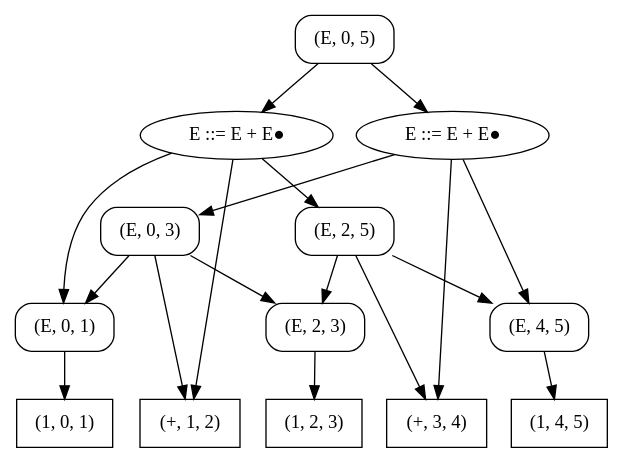
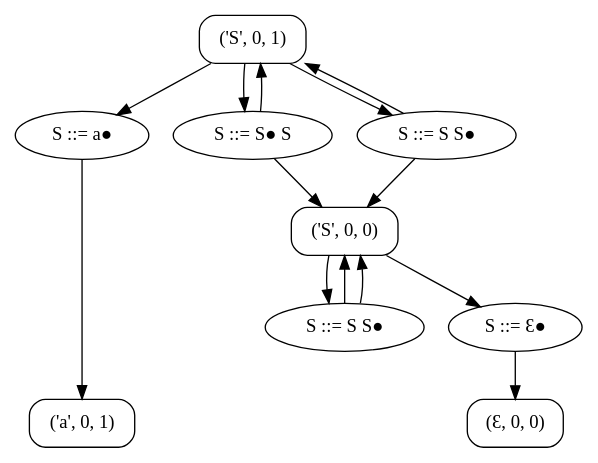
The diagram in test.dot (brenca/onlab), drawn with Graphviz before and after one commit. The commit also changed 4 other files, not shown here.

```diff
--- a/test.dot
+++ b/test.dot
@@ -1,34 +1,29 @@
 digraph g {
-"66bc2800-75da-449a-a412-40bafe528a5c" [label="(E, 0, 5)" shape="box" style="rounded"]
-"25e1d463-76f9-47b4-8a06-2a37594425a8" [label="E ::= E + E●" shape="oval"]
-"b72c01f8-86ee-4399-bacd-daad44e829ab" [label="(E, 0, 3)" shape="box" style="rounded"]
-"68713eee-0486-4674-a607-fb3d97bb814c" [label="(E, 0, 1)" shape="box" style="rounded"]
-"8b4ae2ae-fc54-49a2-ac1f-323af4a3bd6a" [label="(1, 0, 1)" shape="box"]
-"eeb709c3-6551-42bc-96ba-3e4503b5a4e6" [label="(+, 1, 2)" shape="box"]
-"f6435a9f-5fe6-4ea3-a17f-7105086fbe98" [label="(E, 2, 3)" shape="box" style="rounded"]
-"dd9d290c-6c90-4365-af26-5232570ae1bd" [label="(1, 2, 3)" shape="box"]
-"aedf67e6-e1b5-45a5-9c9e-f930bbcb2235" [label="(+, 3, 4)" shape="box"]
-"b9d7601a-845a-4406-9ff4-571cc3b518cf" [label="(E, 4, 5)" shape="box" style="rounded"]
-"3ae3b683-10da-41a6-acd4-fa8958fae25d" [label="(1, 4, 5)" shape="box"]
-"e1460aca-23f7-4081-bfd9-6cf35be01b68" [label="E ::= E + E●" shape="oval"]
-"7880d240-fcb7-45bb-ae22-eb27d5d53cd4" [label="(E, 2, 5)" shape="box" style="rounded"]
-
-"66bc2800-75da-449a-a412-40bafe528a5c" -> "25e1d463-76f9-47b4-8a06-2a37594425a8"
-"66bc2800-75da-449a-a412-40bafe528a5c" -> "e1460aca-23f7-4081-bfd9-6cf35be01b68"
-"25e1d463-76f9-47b4-8a06-2a37594425a8" -> "b72c01f8-86ee-4399-bacd-daad44e829ab"
-"25e1d463-76f9-47b4-8a06-2a37594425a8" -> "aedf67e6-e1b5-45a5-9c9e-f930bbcb2235"
-"25e1d463-76f9-47b4-8a06-2a37594425a8" -> "b9d7601a-845a-4406-9ff4-571cc3b518cf"
-"b72c01f8-86ee-4399-bacd-daad44e829ab" -> "68713eee-0486-4674-a607-fb3d97bb814c"
-"b72c01f8-86ee-4399-bacd-daad44e829ab" -> "eeb709c3-6551-42bc-96ba-3e4503b5a4e6"
-"b72c01f8-86ee-4399-bacd-daad44e829ab" -> "f6435a9f-5fe6-4ea3-a17f-7105086fbe98"
-"68713eee-0486-4674-a607-fb3d97bb814c" -> "8b4ae2ae-fc54-49a2-ac1f-323af4a3bd6a"
-"f6435a9f-5fe6-4ea3-a17f-7105086fbe98" -> "dd9d290c-6c90-4365-af26-5232570ae1bd"
-"b9d7601a-845a-4406-9ff4-571cc3b518cf" -> "3ae3b683-10da-41a6-acd4-fa8958fae25d"
-"e1460aca-23f7-4081-bfd9-6cf35be01b68" -> "68713eee-0486-4674-a607-fb3d97bb814c"
-"e1460aca-23f7-4081-bfd9-6cf35be01b68" -> "eeb709c3-6551-42bc-96ba-3e4503b5a4e6"
-"e1460aca-23f7-4081-bfd9-6cf35be01b68" -> "7880d240-fcb7-45bb-ae22-eb27d5d53cd4"
-"7880d240-fcb7-45bb-ae22-eb27d5d53cd4" -> "f6435a9f-5fe6-4ea3-a17f-7105086fbe98"
-"7880d240-fcb7-45bb-ae22-eb27d5d53cd4" -> "aedf67e6-e1b5-45a5-9c9e-f930bbcb2235"
-"7880d240-fcb7-45bb-ae22-eb27d5d53cd4" -> "b9d7601a-845a-4406-9ff4-571cc3b518cf"
-{rank = same; "8b4ae2ae-fc54-49a2-ac1f-323af4a3bd6a"; "eeb709c3-6551-42bc-96ba-3e4503b5a4e6"; "dd9d290c-6c90-4365-af26-5232570ae1bd"; "aedf67e6-e1b5-45a5-9c9e-f930bbcb2235"; "3ae3b683-10da-41a6-acd4-fa8958fae25d"}
+"b2eb5cea-573c-4328-98e2-68c869415e6d" [label="('S', 0, 1)" shape="box" style="rounded"]
+"59384a64-843e-4d2c-95d9-66c2bf90537a" [label="S ::= a●" shape="oval"]
+"e744a831-cb46-42bc-bb30-69f9f82b4cd9" [label="('a', 0, 1)" shape="box" style="rounded"]
+"27e1efa3-07d2-4414-944c-c9fd74fd6cb4" [label="S ::= S● S" shape="oval"]
+"300bba13-9a56-48d4-9f33-ea3d8a16c564" [label="('S', 0, 0)" shape="box" style="rounded"]
+"97e7a373-dd94-4ce4-b949-e118055b36e1" [label="S ::= S S●" shape="oval"]
+"3a0c36bd-fe62-4d33-a0d0-64af234e6518" [label="S ::= Ɛ●" shape="oval"]
+"ddb7c99f-c89a-4d66-a791-650685a230b6" [label="(Ɛ, 0, 0)" shape="box" style="rounded"]
+"e69cb17a-63f1-45db-8d21-a0153df98e74" [label="S ::= S S●" shape="oval"]
+"b2eb5cea-573c-4328-98e2-68c869415e6d" -> "59384a64-843e-4d2c-95d9-66c2bf90537a"
+"b2eb5cea-573c-4328-98e2-68c869415e6d" -> "27e1efa3-07d2-4414-944c-c9fd74fd6cb4"
+"b2eb5cea-573c-4328-98e2-68c869415e6d" -> "e69cb17a-63f1-45db-8d21-a0153df98e74"
+"59384a64-843e-4d2c-95d9-66c2bf90537a" -> "e744a831-cb46-42bc-bb30-69f9f82b4cd9"
+"27e1efa3-07d2-4414-944c-c9fd74fd6cb4" -> "b2eb5cea-573c-4328-98e2-68c869415e6d"
+"27e1efa3-07d2-4414-944c-c9fd74fd6cb4" -> "300bba13-9a56-48d4-9f33-ea3d8a16c564"
+"300bba13-9a56-48d4-9f33-ea3d8a16c564" -> "97e7a373-dd94-4ce4-b949-e118055b36e1"
+"300bba13-9a56-48d4-9f33-ea3d8a16c564" -> "3a0c36bd-fe62-4d33-a0d0-64af234e6518"
+"97e7a373-dd94-4ce4-b949-e118055b36e1" -> "300bba13-9a56-48d4-9f33-ea3d8a16c564"
+"97e7a373-dd94-4ce4-b949-e118055b36e1" -> "300bba13-9a56-48d4-9f33-ea3d8a16c564"
+"3a0c36bd-fe62-4d33-a0d0-64af234e6518" -> "ddb7c99f-c89a-4d66-a791-650685a230b6"
+"e69cb17a-63f1-45db-8d21-a0153df98e74" -> "300bba13-9a56-48d4-9f33-ea3d8a16c564"
+"e69cb17a-63f1-45db-8d21-a0153df98e74" -> "b2eb5cea-573c-4328-98e2-68c869415e6d"
+{rank = same; "b2eb5cea-573c-4328-98e2-68c869415e6d"}
+{rank = same; "59384a64-843e-4d2c-95d9-66c2bf90537a"; "27e1efa3-07d2-4414-944c-c9fd74fd6cb4"; "e69cb17a-63f1-45db-8d21-a0153df98e74"}
+{rank = same; "300bba13-9a56-48d4-9f33-ea3d8a16c564"}
+{rank = same; "97e7a373-dd94-4ce4-b949-e118055b36e1"; "3a0c36bd-fe62-4d33-a0d0-64af234e6518"}
+{rank = same; "e744a831-cb46-42bc-bb30-69f9f82b4cd9"; "ddb7c99f-c89a-4d66-a791-650685a230b6"}
 }
```
